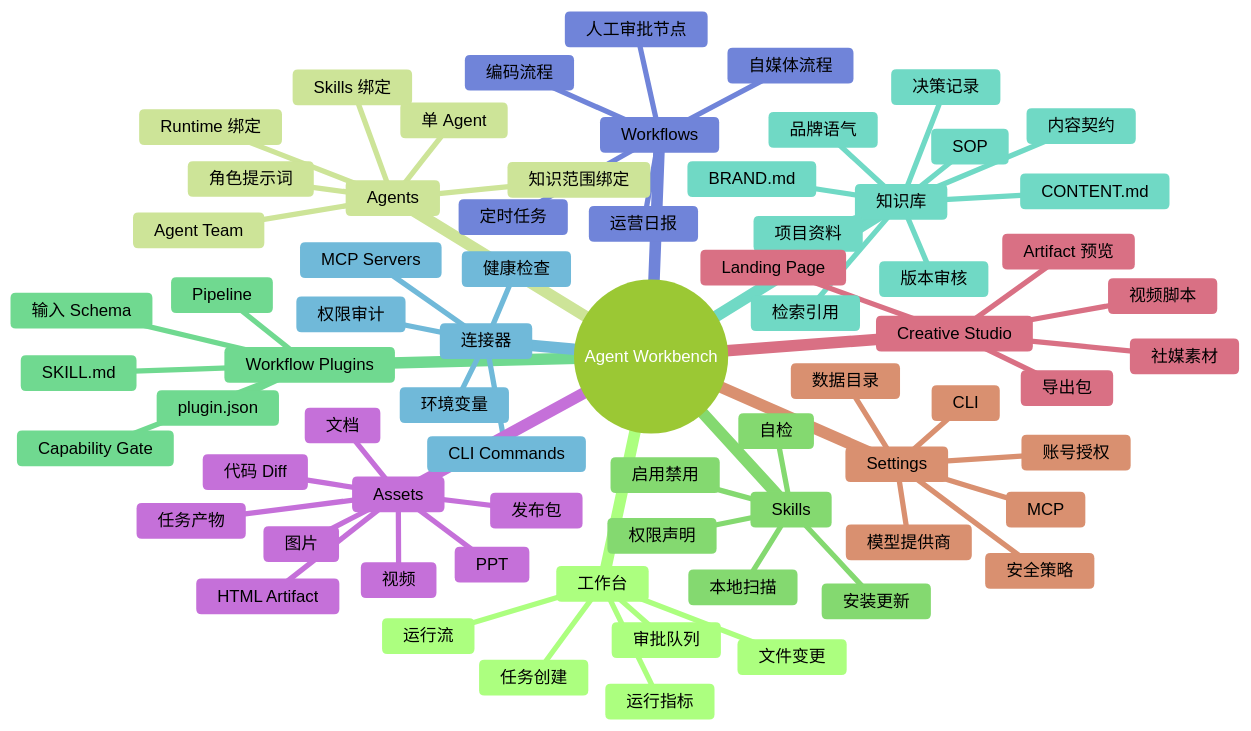
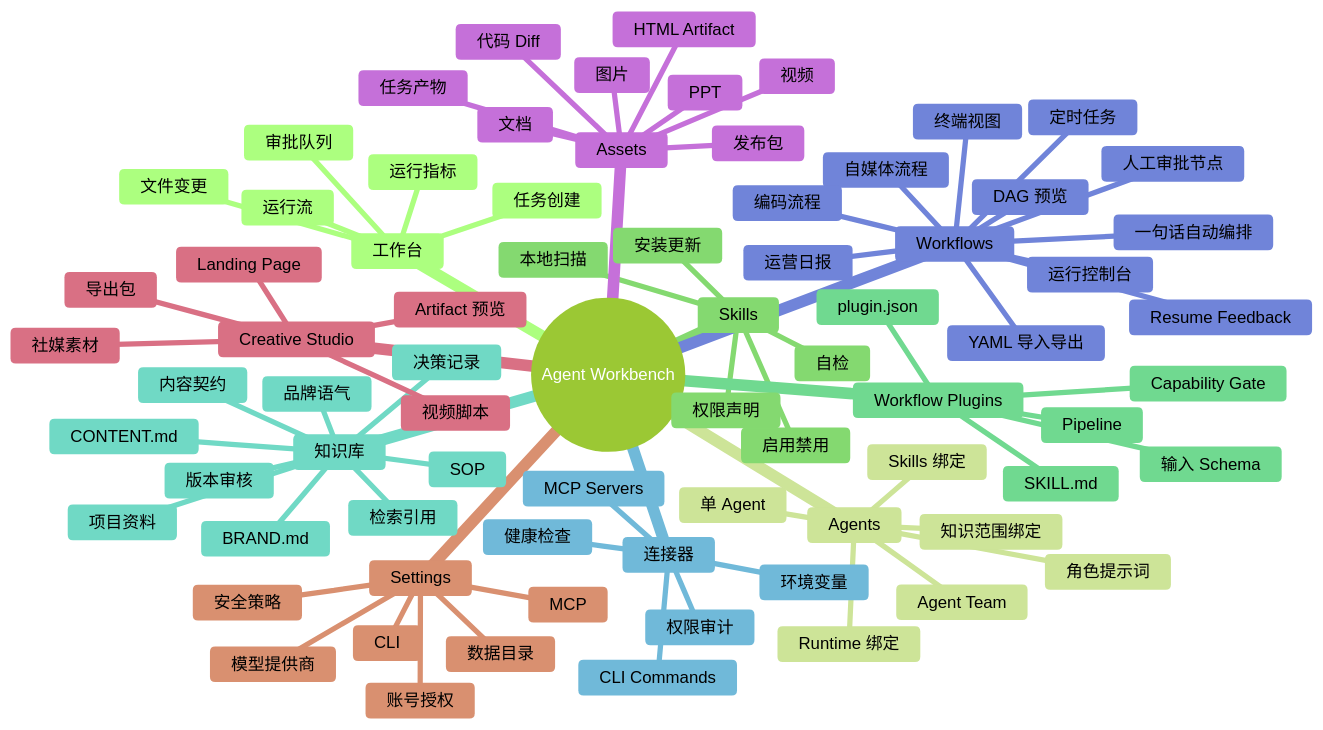
The first of 2 diagrams in docs/product/feature-map.md (oyjt/agent-workbench), drawn with Mermaid (forest theme) before and after one commit. The commit also changed other lines of this file and 4 other files, not shown here.

````diff
--- a/docs/product/feature-map.md
+++ b/docs/product/feature-map.md
@@ -5,73 +5,79 @@
 ```mermaid
 mindmap
   root((Agent Workbench))
     工作台
       任务创建
       运行流
       审批队列
       文件变更
       运行指标
     Agents
       单 Agent
       Agent Team
       角色提示词
       Runtime 绑定
       Skills 绑定
       知识范围绑定
     Skills
       本地扫描
       启用禁用
       权限声明
       自检
       安装更新
     Workflow Plugins
       SKILL.md
       plugin.json
       输入 Schema
       Pipeline
       Capability Gate
     知识库
       项目资料
       SOP
       决策记录
       品牌语气
       内容契约
       BRAND.md
       CONTENT.md
       检索引用
       版本审核
     连接器
       MCP Servers
       CLI Commands
       环境变量
       健康检查
       权限审计
     Workflows
+      一句话自动编排
+      DAG 预览
+      运行控制台
+      终端视图
+      YAML 导入导出
+      Resume Feedback
       自媒体流程
       编码流程
       运营日报
       定时任务
       人工审批节点
     Assets
       文档
       图片
       视频
       PPT
       HTML Artifact
       代码 Diff
       发布包
       任务产物
     Creative Studio
       Landing Page
       社媒素材
       视频脚本
       Artifact 预览
       导出包
     Settings
       模型提供商
       MCP
       CLI
       账号授权
       安全策略
       数据目录
 ```
````
